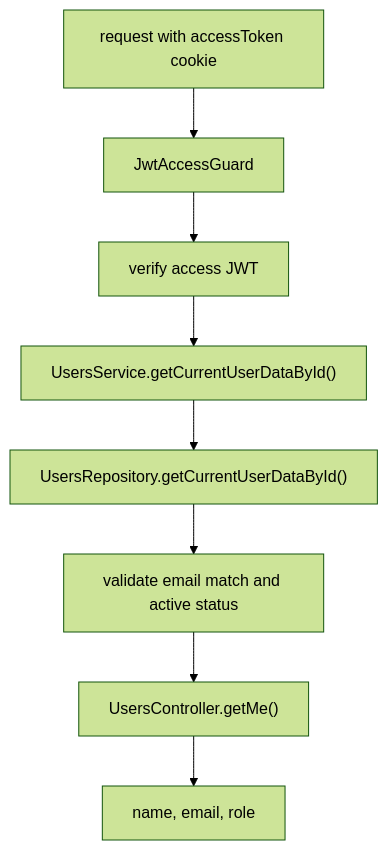
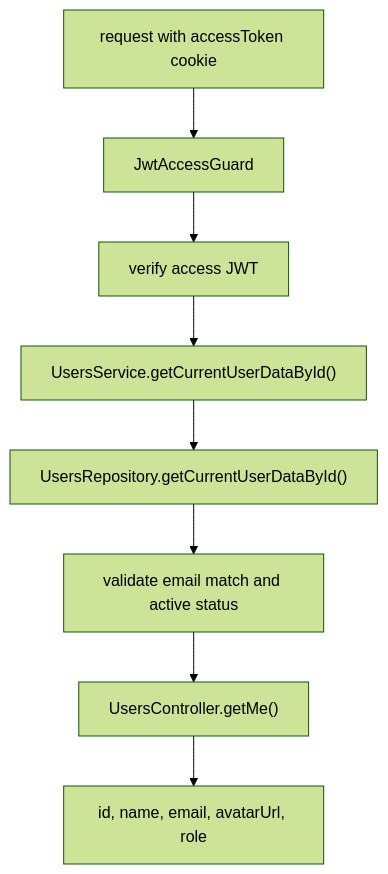
Before and after one commit to KaterynaKocheharova/Practice-app: the diagram in back/docs/users/me-endpoint.md, drawn with Mermaid (forest theme). The commit also changed other lines of this file and 79 other files, not shown here.

````diff
--- a/back/docs/users/me-endpoint.md
+++ b/back/docs/users/me-endpoint.md
@@ -23,10 +25,10 @@
 ```mermaid
 flowchart TD
   Request["request with accessToken cookie"] --> Guard["JwtAccessGuard"]
   Guard --> Token["verify access JWT"]
   Token --> Lookup["UsersService.getCurrentUserDataById()"]
   Lookup --> Repository["UsersRepository.getCurrentUserDataById()"]
   Repository --> Validate["validate email match and active status"]
   Validate --> Controller["UsersController.getMe()"]
-  Controller --> Response["name, email, role"]
+  Controller --> Response["id, name, email, avatarUrl, role"]
 ```
````
